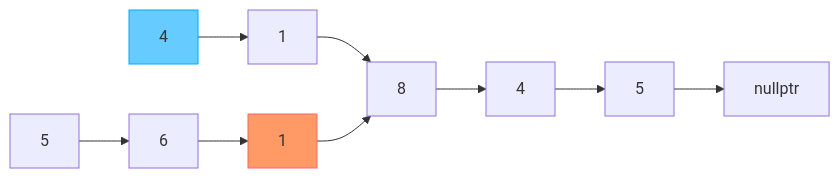
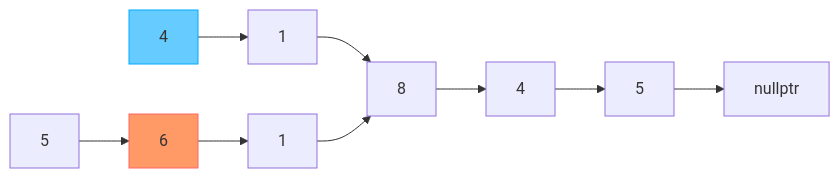
Before and after one commit to ianchen0419/cpp-leetcode: the ninth of 11 diagrams in 160. Intersection of Two Linked Lists.md, drawn with Mermaid. The commit also changed other lines of this file, not shown here.

````diff
--- a/160. Intersection of Two Linked Lists.md
+++ b/160. Intersection of Two Linked Lists.md
@@ -172,14 +155,14 @@
 ```mermaid
 flowchart LR
     a[4]:::blue-->b[1]
     b-->c[8]
     c-->d[4]
     d-->e[5]
     e-->x[nullptr]
     f[5]-->g[6]
-    g-->h[1]
-    h:::orange-->c
+    g:::orange-->h[1]
+    h-->c
 
     classDef orange fill:#f96,stroke:#f66
     classDef blue fill:#6cf,stroke:#0af
 ```
````
